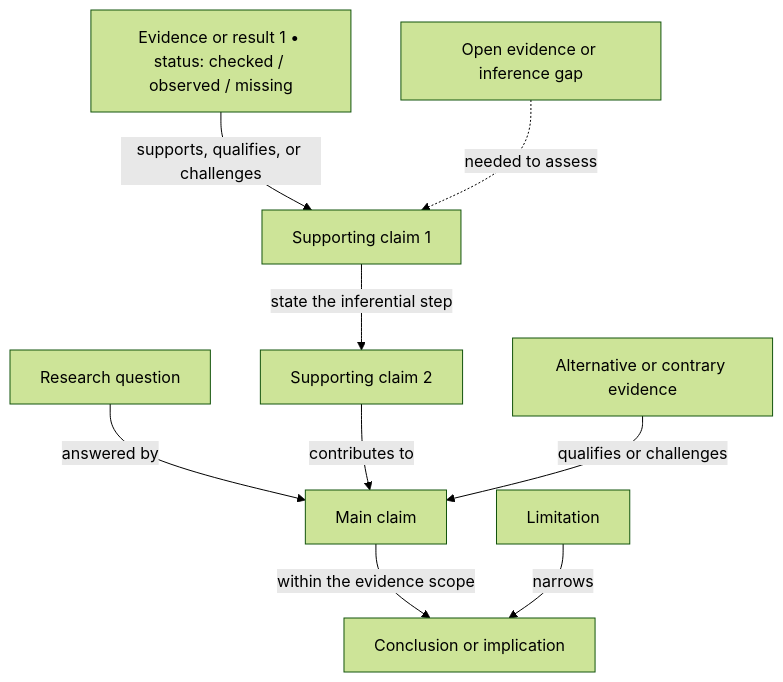
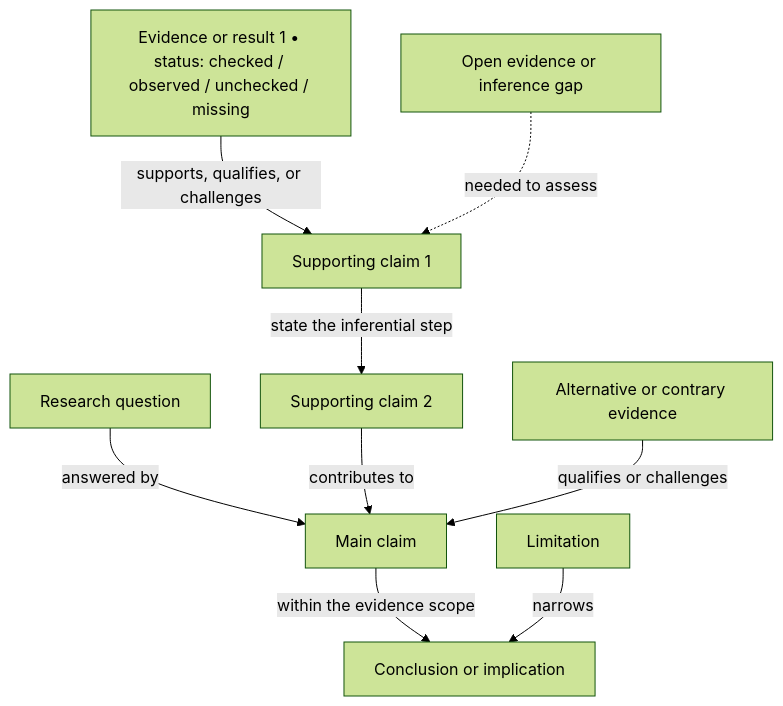
One commit to CoderWota/paper-template changed the diagram in manuscript/logic-map.md. Above: the diagram before and after it, drawn with Mermaid (forest theme). The commit also changed other lines of this file and 35 other files, not shown here.

````diff
--- a/manuscript/logic-map.md
+++ b/manuscript/logic-map.md
@@ -7,20 +9,20 @@
 ```mermaid
 flowchart TD
     Q["Research question"]
-    E1["Evidence or result 1 • status: checked / observed / missing"]
+    E1["Evidence or result 1 • status: checked / observed / unchecked / missing"]
     C1["Supporting claim 1"]
     C2["Supporting claim 2"]
     M["Main claim"]
     A1["Alternative or contrary evidence"]
     G1["Open evidence or inference gap"]
     L1["Limitation"]
     I["Conclusion or implication"]
     Q -->|answered by| M
     E1 -->|supports, qualifies, or challenges| C1
     C1 -->|state the inferential step| C2
     C2 -->|contributes to| M
     A1 -->|qualifies or challenges| M
     G1 -.->|needed to assess| C1
     M -->|within the evidence scope| I
     L1 -->|narrows| I
 ```
````
